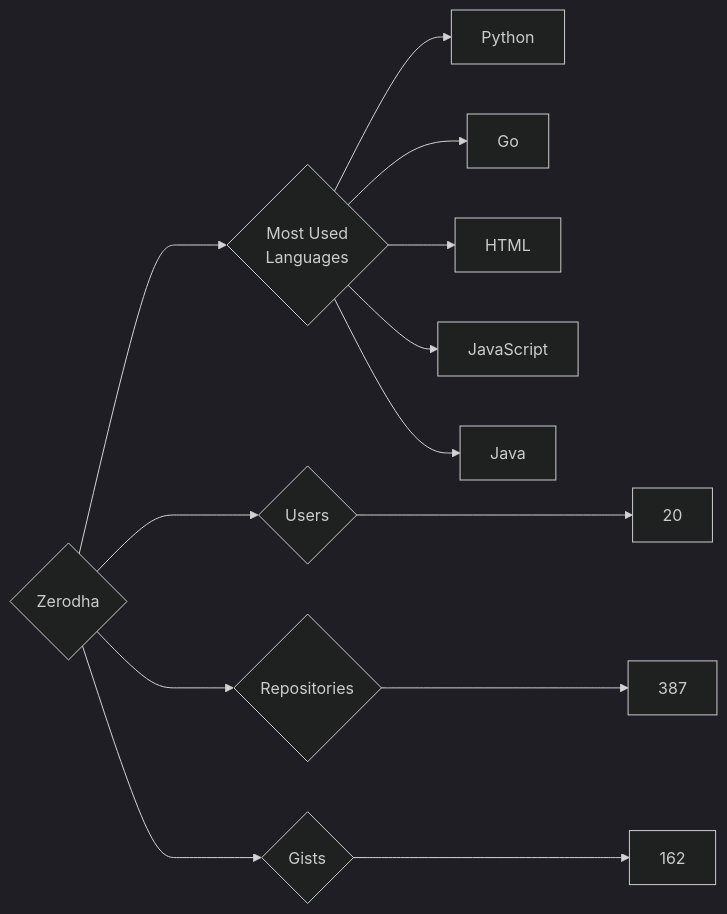
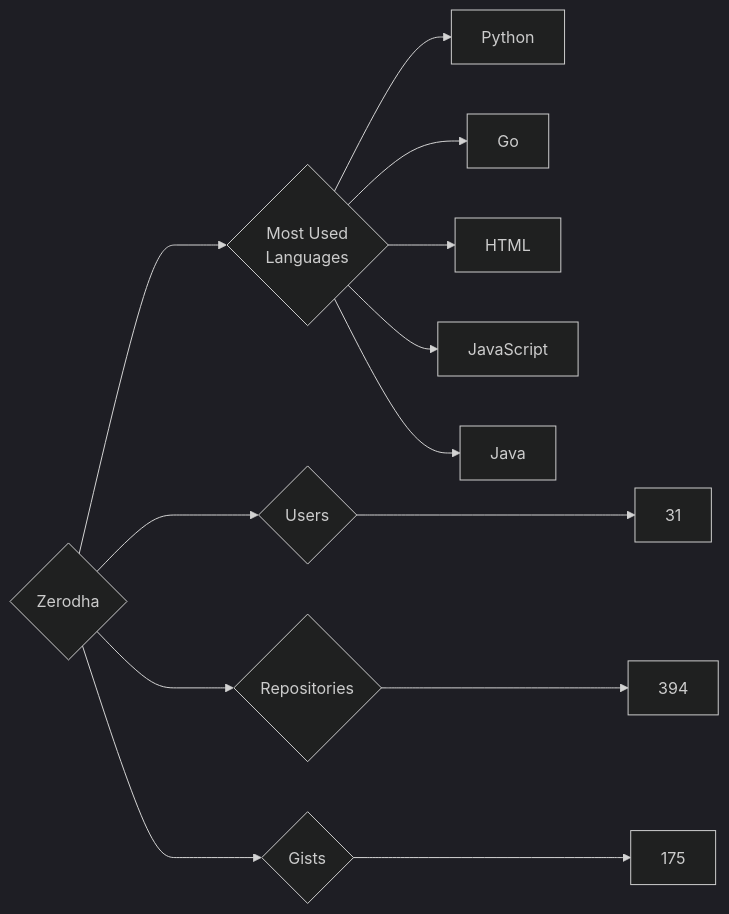
The diagram in targets/Zerodha/README.md (trickest/insiders), drawn with Mermaid (dark theme) before and after one commit. The commit also changed 964 other files, not shown here.

````diff
--- a/targets/Zerodha/README.md
+++ b/targets/Zerodha/README.md
@@ -3,13 +3,13 @@
 ```mermaid
 graph LR
 COMPANY_NAME{Zerodha}
-COMPANY_NAME ---> U{Users} ---> UN[20]
-COMPANY_NAME ---> R{Repositories} ---> RN[387]
-COMPANY_NAME ---> G{Gists} ---> GN[162]
+COMPANY_NAME ---> U{Users} ---> UN[31]
+COMPANY_NAME ---> R{Repositories} ---> RN[394]
+COMPANY_NAME ---> G{Gists} ---> GN[175]
 COMPANY_NAME ---> ML{Most Used<br>Languages}
 ML --> Python[Python]
 ML --> Go[Go]
 ML --> HTML[HTML]
 ML --> JavaScript[JavaScript]
 ML --> Java[Java]
 ```
````
